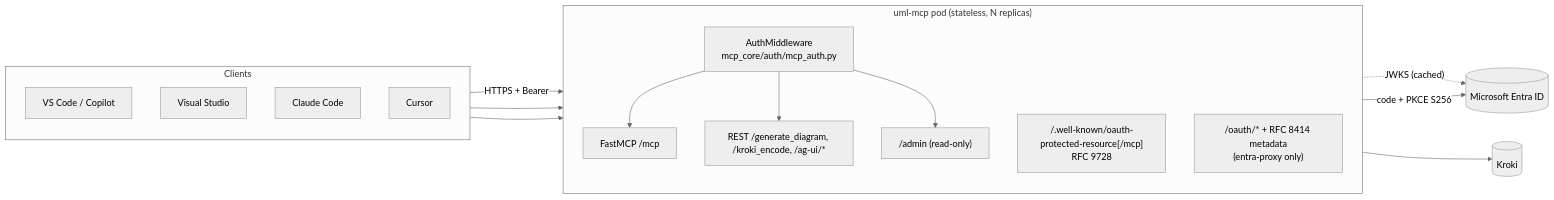
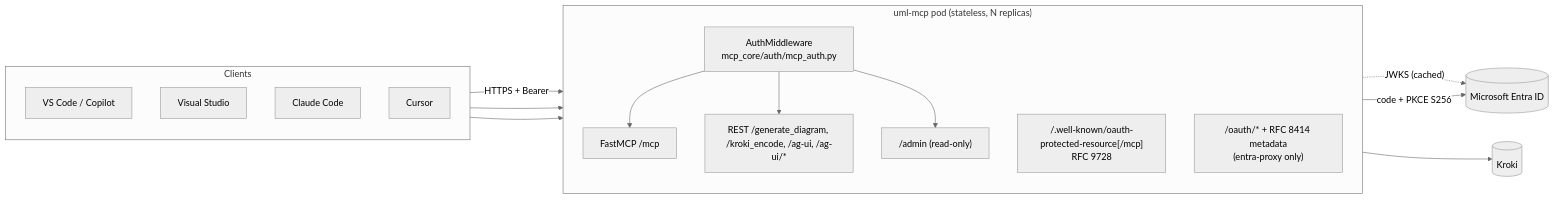
The first of 4 diagrams in docs/enterprise/architecture.md (antoinebou12/uml-mcp), drawn with Mermaid (neutral theme) before and after one commit. The commit also changed 20 other files, not shown here.

````diff
--- a/docs/enterprise/architecture.md
+++ b/docs/enterprise/architecture.md
@@ -15,26 +15,26 @@
 ```mermaid
 flowchart LR
   subgraph Clients
     VSC[VS Code / Copilot]
     VS[Visual Studio]
     CC[Claude Code]
     CUR[Cursor]
   end
   subgraph Pod["uml-mcp pod (stateless, N replicas)"]
     direction TB
     MW["AuthMiddleware<br/>mcp_core/auth/mcp_auth.py"]
     PRM["/.well-known/oauth-protected-resource[/mcp]<br/>RFC 9728"]
     AS["/oauth/* + RFC 8414 metadata<br/>(entra-proxy only)"]
     MCP["FastMCP /mcp"]
-    REST["REST /generate_diagram, /kroki_encode, /ag-ui/*"]
+    REST["REST /generate_diagram, /kroki_encode, /ag-ui, /ag-ui/*"]
     ADM["/admin (read-only)"]
   end
   ENTRA[(Microsoft Entra ID)]
   KROKI[(Kroki)]
   Clients -->|HTTPS + Bearer| MW
   MW --> MCP & REST & ADM
   Clients --> PRM & AS
   MW -. "JWKS (cached)" .-> ENTRA
   AS -- "code + PKCE S256" --> ENTRA
   MCP --> KROKI
 ```
````
